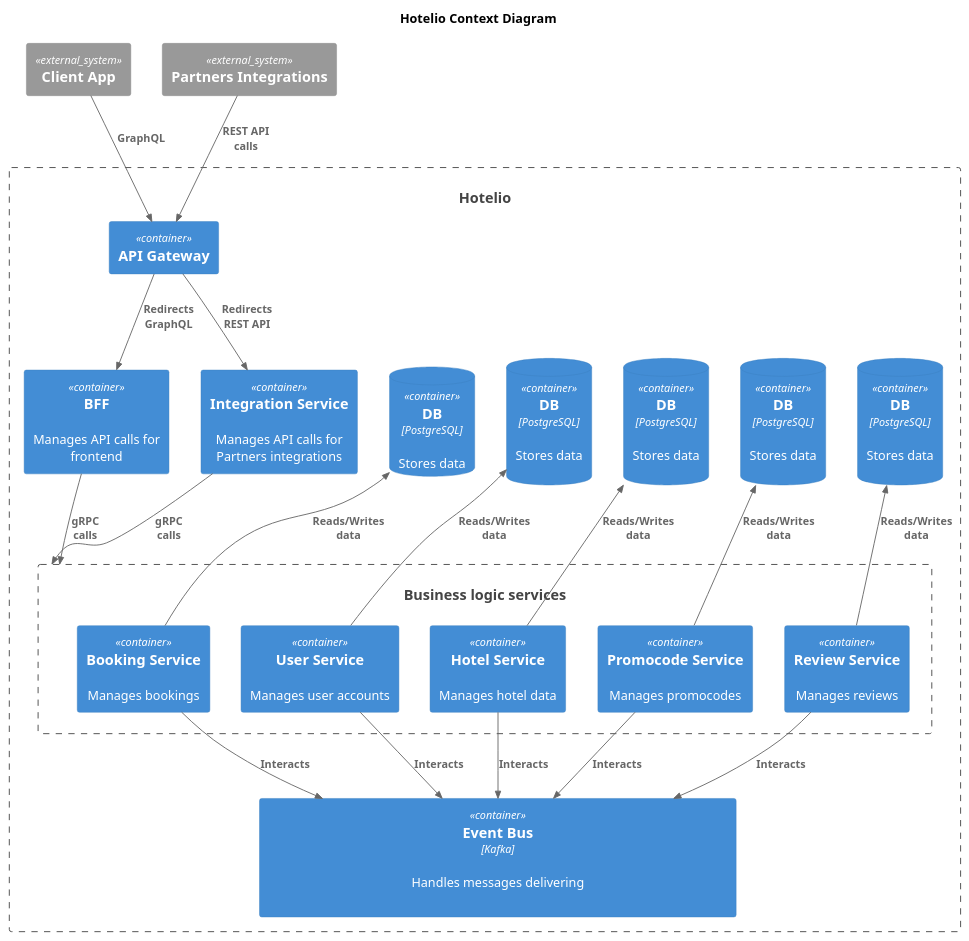
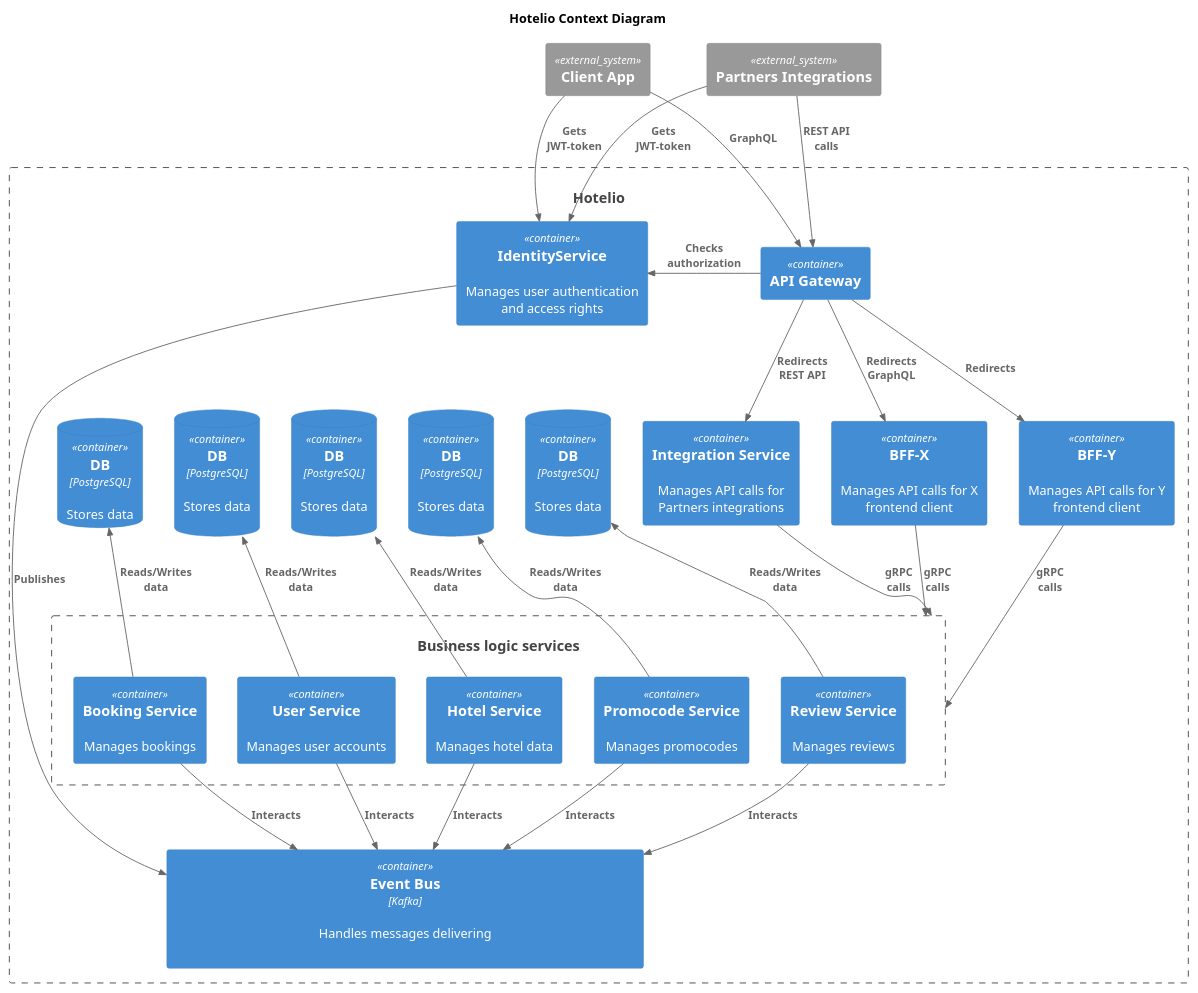
Before and after one commit to ane-ta/msa-sprint2: the diagram in tasks/task1/results/to-be C2.puml, drawn with PlantUML. The commit also changed 3 other files, not shown here.

```diff
--- a/tasks/task1/results/to-be C2.puml
+++ b/tasks/task1/results/to-be C2.puml
@@ -1,83 +1,91 @@
 @startuml
 title Hotelio Context Diagram
 
 Top to bottom direction
 
 !includeurl https://raw.githubusercontent.com/RicardoNiepel/C4-PlantUML/master/C4_Component.puml
 
 System_Ext(sysApp, "Client App")
 System_Ext(sysPartners, "Partners Integrations")
 
 'monolyth
 System(sysHotelio, "Hotelio")
 Container_Boundary(sysHotelio, ""){
     ContainerDb(cntDbBooking, "DB", "PostgreSQL", "Stores data"){
     }
     ContainerDb(cntDbUsers, "DB", "PostgreSQL", "Stores data\n")
     ContainerDb(cntDbHotels, "DB", "PostgreSQL", "Stores data\n")
     ContainerDb(cntDbPromocodes, "DB", "PostgreSQL", "Stores data\n"){
     }
     ContainerDb(cntDbReviews, "DB", "PostgreSQL", "Stores data\n")
 
-    Container(cntBFF, "BFF","", "Manages API calls for frontend")
+    Container(cntBFFX, "BFF-X","", "Manages API calls for X frontend client")
+    Container(cntBFFY, "BFF-Y","", "Manages API calls for Y frontend client")
     Container(cntPartnersService, "Integration Service", "", "Manages API calls for Partners integrations")
     Container(cntAPIGateway, "API Gateway")
 
+    Container(cntIdentityService, "IdentityService", "", "Manages user authentication and access rights")
     System(sysHotelioLogic, "Business logic services")
     Container_Boundary(sysHotelioLogic,""){
         Container(cntBooking, "Booking Service", "", "Manages bookings")
         Container(cntUsers, "User Service", "", "Manages user accounts")
         Container(cntHotels, "Hotel Service", "", "Manages hotel data")
         Container(cntPromocodes, "Promocode Service", "", "Manages promocodes")
         Container(cntReviews, "Review Service", "", "Manages reviews")
     }
     Container(cntBroker, "Event Bus", "Kafka", "Handles messages delivering\n                                                                                                                                            ")
 }
 
 Lay_Right(cntDbBooking,cntDbUsers)
 Lay_Right(cntDbUsers,cntDbHotels)
 Lay_Right(cntDbHotels,cntDbPromocodes)
 Lay_Right(cntDbPromocodes,cntDbReviews)
 
 Lay_Right(cntBooking,cntUsers)
 Lay_Right(cntUsers,cntHotels)
 Lay_Right(cntHotels,cntPromocodes)
 Lay_Right(cntPromocodes,cntReviews)
 
 'external
 Rel_Down(sysApp, cntAPIGateway, "GraphQL")
+Rel_Down(sysApp, cntIdentityService, "Gets\nJWT-token")
+Rel_Down(sysPartners, cntIdentityService, "Gets\nJWT-token")
 Rel_Down(sysPartners, cntAPIGateway, "REST API\ncalls")
 
 'broker
+Rel(cntIdentityService, cntBroker, "Publishes")
 Rel(cntBooking, cntBroker, "Interacts")
 Rel(cntUsers, cntBroker, "Interacts")
 Rel(cntHotels, cntBroker, "Interacts")
 Rel(cntPromocodes, cntBroker, "Interacts")
 Rel(cntReviews, cntBroker, "Interacts")
 
 'bff
-Rel(cntAPIGateway, cntBFF, "Redirects\nGraphQL")
+Rel_Left(cntAPIGateway, cntIdentityService, "Checks\nauthorization")
+Rel(cntAPIGateway, cntBFFX, "Redirects\nGraphQL")
+Rel(cntAPIGateway, cntBFFY, "Redirects")
 Rel(cntAPIGateway, cntPartnersService, "Redirects\nREST API")
 
 Rel(cntPartnersService, sysHotelioLogic, "gRPC\ncalls")
-Rel(cntBFF, sysHotelioLogic, "gRPC\ncalls")
+Rel(cntBFFX, sysHotelioLogic, "gRPC\ncalls")
+Rel(cntBFFY, sysHotelioLogic, "gRPC\ncalls")
 
 ' Rel(cntPartnersService, cntBooking, "gRPC\ncalls")
 ' Rel(cntPartnersService, cntUsers, "gRPC\ncalls")
 ' Rel(cntPartnersService, cntHotels, "gRPC\ncalls")
 ' Rel(cntPartnersService, cntPromocodes, "gRPC\ncalls")
 ' Rel(cntPartnersService, cntReviews, "gRPC\ncalls")
 
 ' Rel(cntBFF, cntBooking, "gRPC\ncalls")
 ' Rel(cntBFF, cntUsers, "gRPC\ncalls")
 ' Rel(cntBFF, cntHotels, "gRPC\ncalls")
 ' Rel(cntBFF, cntPromocodes, "gRPC\ncalls")
 ' Rel(cntBFF, cntReviews, "gRPC\ncalls")
 
 'db
 Rel_Up(cntBooking, cntDbBooking, "Reads/Writes\ndata")
 Rel_Up(cntUsers, cntDbUsers, "Reads/Writes\ndata")
 Rel_Up(cntHotels, cntDbHotels, "Reads/Writes\ndata")
 Rel_Up(cntPromocodes, cntDbPromocodes, "Reads/Writes\ndata")
 Rel_Up(cntReviews, cntDbReviews, "Reads/Writes\ndata")
 @enduml
```
